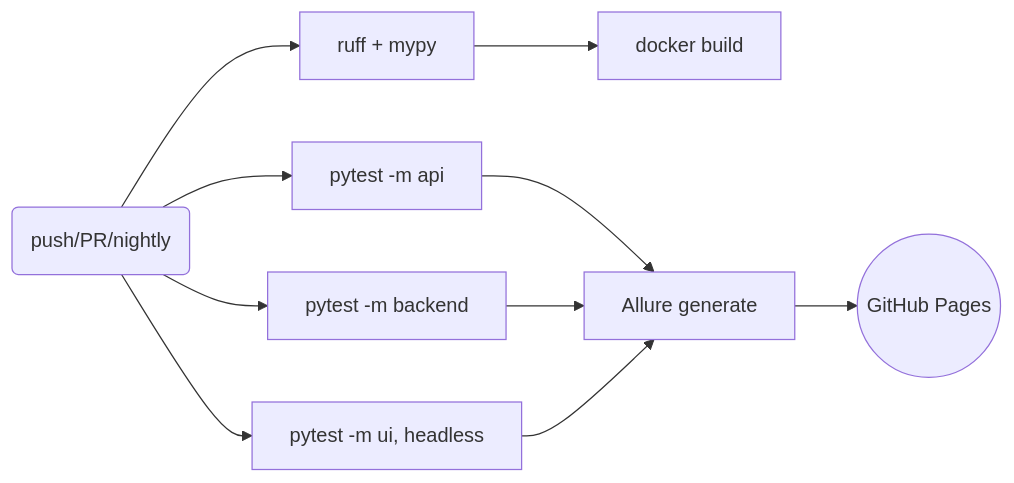
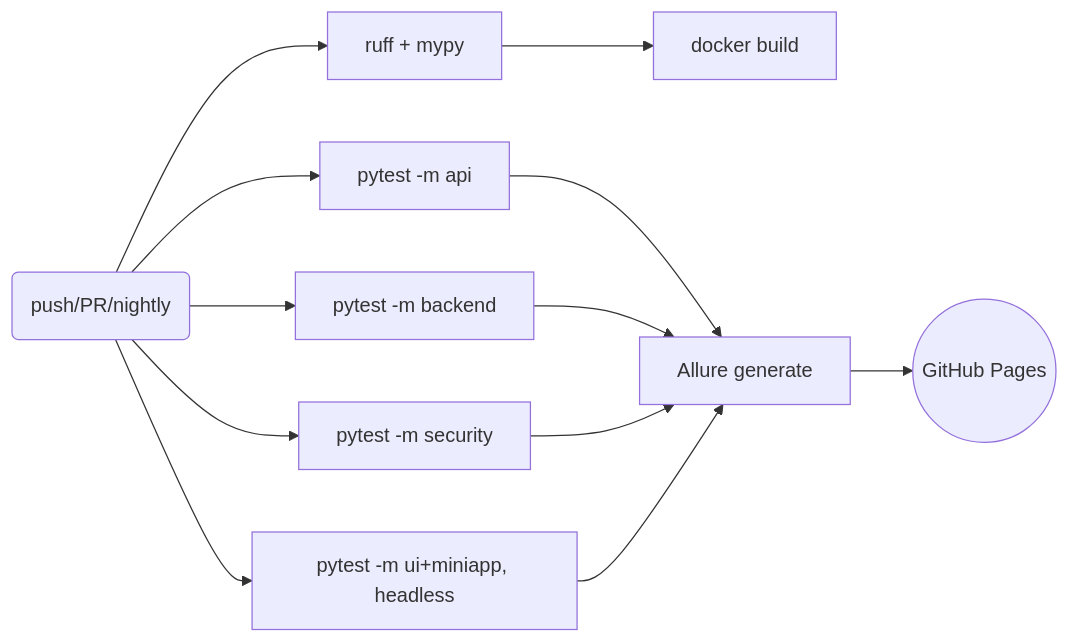
The second of 2 diagrams in README.md (hakurai-cmd/4to-vpn-aqa), drawn with Mermaid before and after one commit. The commit also changed other lines of this file and 5 other files, not shown here.

````diff
--- a/README.md
+++ b/README.md
@@ -170,13 +171,15 @@
 ```mermaid
 flowchart LR
   push(push/PR/nightly)
   push --> lint[ruff + mypy]
   push --> api[pytest -m api]
   push --> backend[pytest -m backend]
-  push --> ui[pytest -m ui, headless]
+  push --> security[pytest -m security]
+  push --> ui[pytest -m ui+miniapp, headless]
   lint --> dock[docker build]
   api --> report[Allure generate]
   backend --> report
+  security --> report
   ui --> report
   report --> pages((GitHub Pages))
 ```
````
